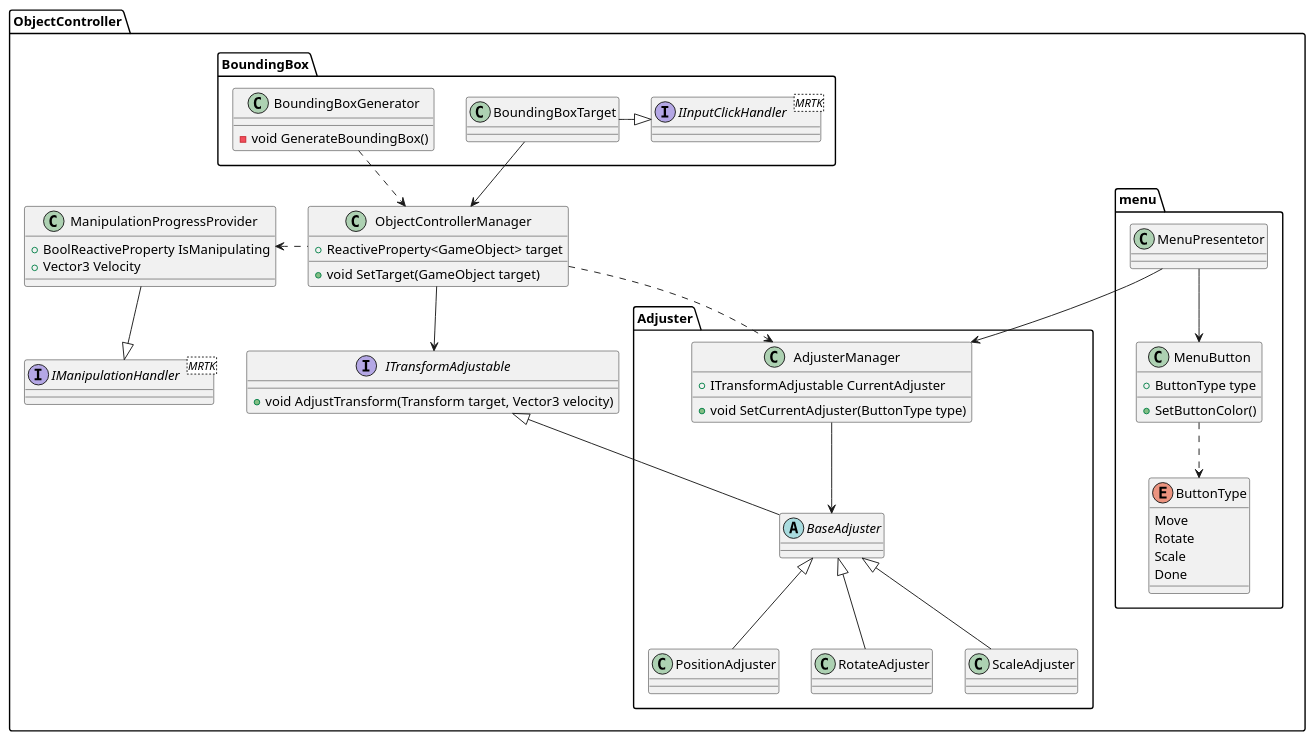
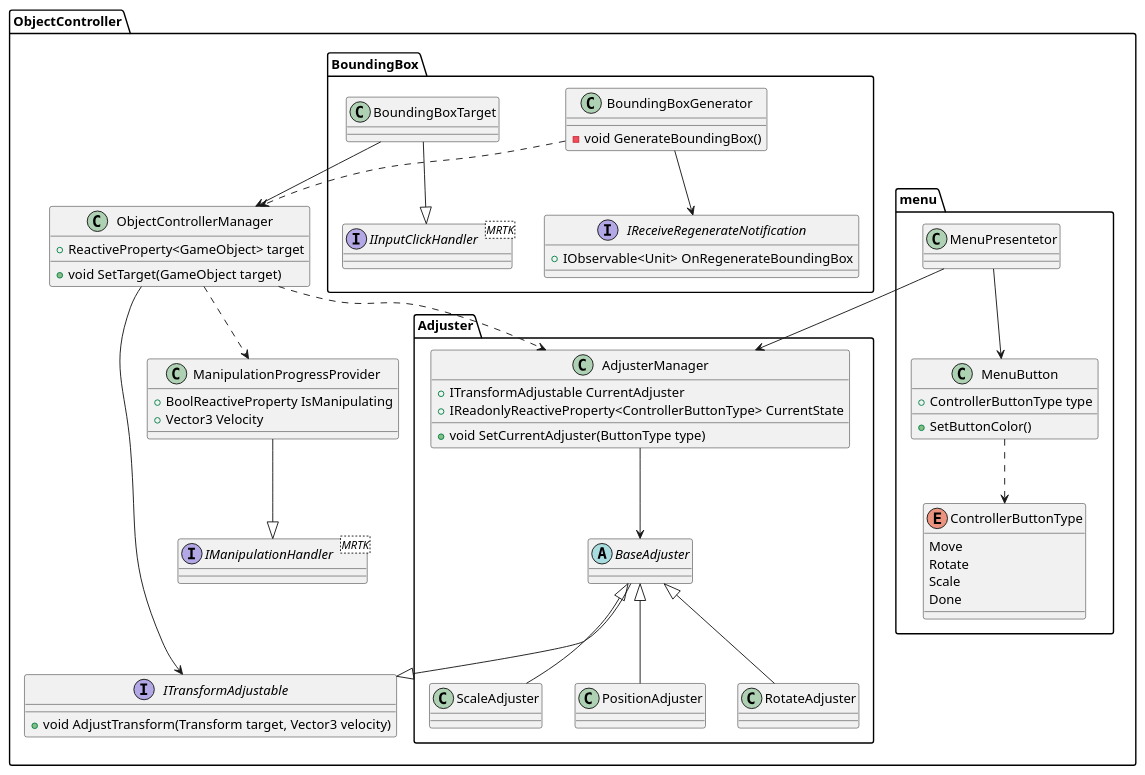
Before and after one commit to dykarohora/ObjectControllerForHololens: the diagram in ClassDiagram.wsd, drawn with PlantUML. The commit also changed 269 other files, not shown here.

```diff
--- a/ClassDiagram.wsd
+++ b/ClassDiagram.wsd
@@ -1,78 +1,84 @@
 @startuml ObjectController
 
 namespace ObjectController {
     interface ITransformAdjustable {
         +void AdjustTransform(Transform target, Vector3 velocity)
     }
 
     namespace Adjuster {
         abstract class BaseAdjuster
         class PositionAdjuster
         class RotateAdjuster
         class ScaleAdjuster
 
-        BaseAdjuster --u|> ObjectController.ITransformAdjustable
+        BaseAdjuster --|> ObjectController.ITransformAdjustable
         BaseAdjuster <|-- PositionAdjuster
         BaseAdjuster <|-- RotateAdjuster
         BaseAdjuster <|-- ScaleAdjuster
 
         class AdjusterManager {
             +ITransformAdjustable CurrentAdjuster
+            +IReadonlyReactiveProperty<ControllerButtonType> CurrentState
             +void SetCurrentAdjuster(ButtonType type)
         }
 
         AdjusterManager --> BaseAdjuster
     }
 
     namespace menu {
         class MenuButton{
-            +ButtonType type
+            +ControllerButtonType type
             +SetButtonColor()
         }
-        enum ButtonType{
+        enum ControllerButtonType{
             Move
             Rotate
             Scale
             Done
         }
         class MenuPresentetor
 
         MenuPresentetor --> MenuButton
         MenuPresentetor --> ObjectController.Adjuster.AdjusterManager
-        MenuButton ..> ButtonType
+        MenuButton ..> ControllerButtonType
     }
 
     namespace BoundingBox {
 
         class BoundingBoxGenerator {
             -void GenerateBoundingBox()
         }
 
+        interface IReceiveRegenerateNotification {
+            +IObservable<Unit> OnRegenerateBoundingBox
+        }
+
         class BoundingBoxTarget
         interface IInputClickHandler<MRTK>
 
-        BoundingBoxTarget --r|> IInputClickHandler
-        BoundingBoxTarget --d> ObjectController.ObjectControllerManager
-        BoundingBoxGenerator ..d> ObjectController.ObjectControllerManager
+        BoundingBoxTarget --|> IInputClickHandler
+        BoundingBoxTarget --> ObjectController.ObjectControllerManager
+        BoundingBoxGenerator ..> ObjectController.ObjectControllerManager
+        BoundingBoxGenerator --> IReceiveRegenerateNotification
     }
 
     interface IManipulationHandler<MRTK>
     class ManipulationProgressProvider{
         +BoolReactiveProperty IsManipulating
         +Vector3 Velocity
     }
 
     class ObjectControllerManager {
         +ReactiveProperty<GameObject> target
         +void SetTarget(GameObject target)
     }
 
     ManipulationProgressProvider --|> IManipulationHandler
 
     ObjectControllerManager --> ITransformAdjustable
     ObjectControllerManager ..> ObjectController.Adjuster.AdjusterManager
-    ObjectControllerManager ..l> ManipulationProgressProvider
+    ObjectControllerManager ..> ManipulationProgressProvider
 
 }
 
 @enduml
```
